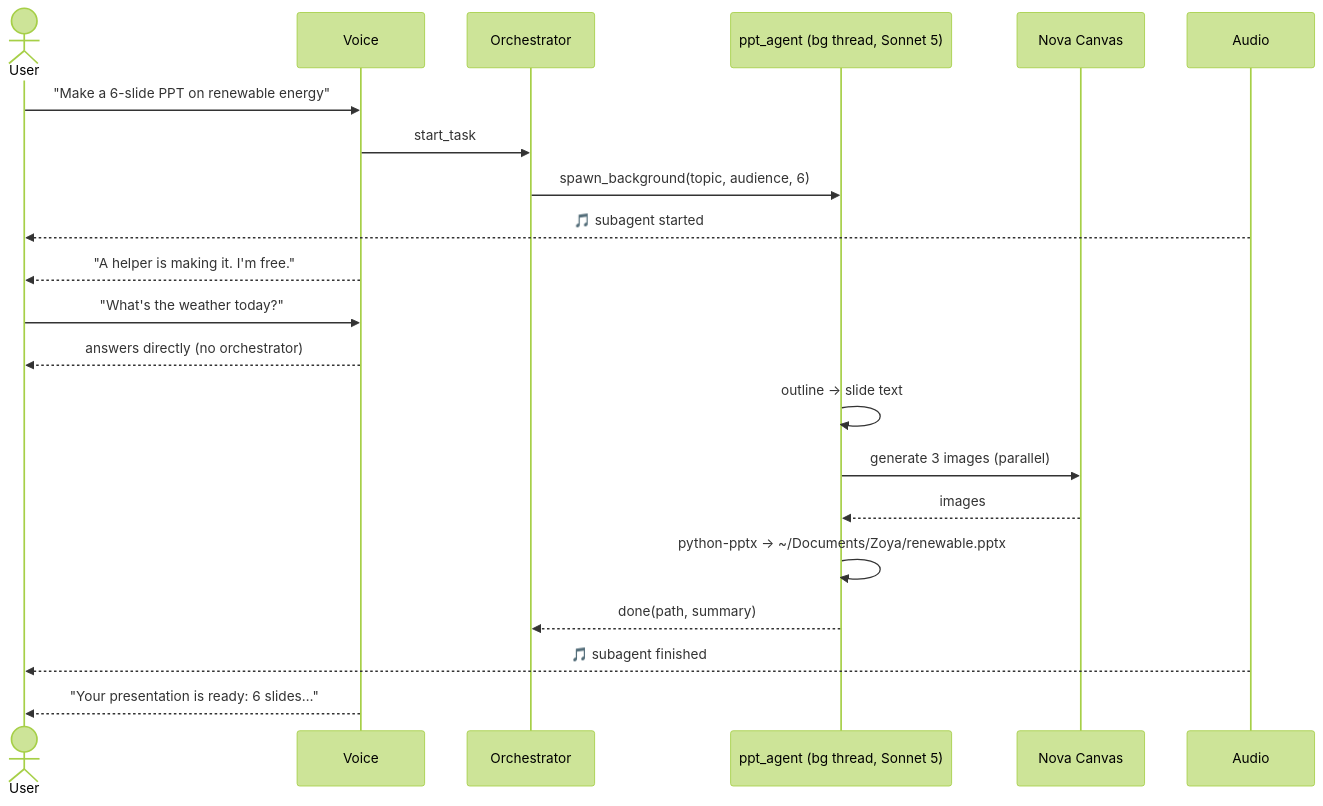
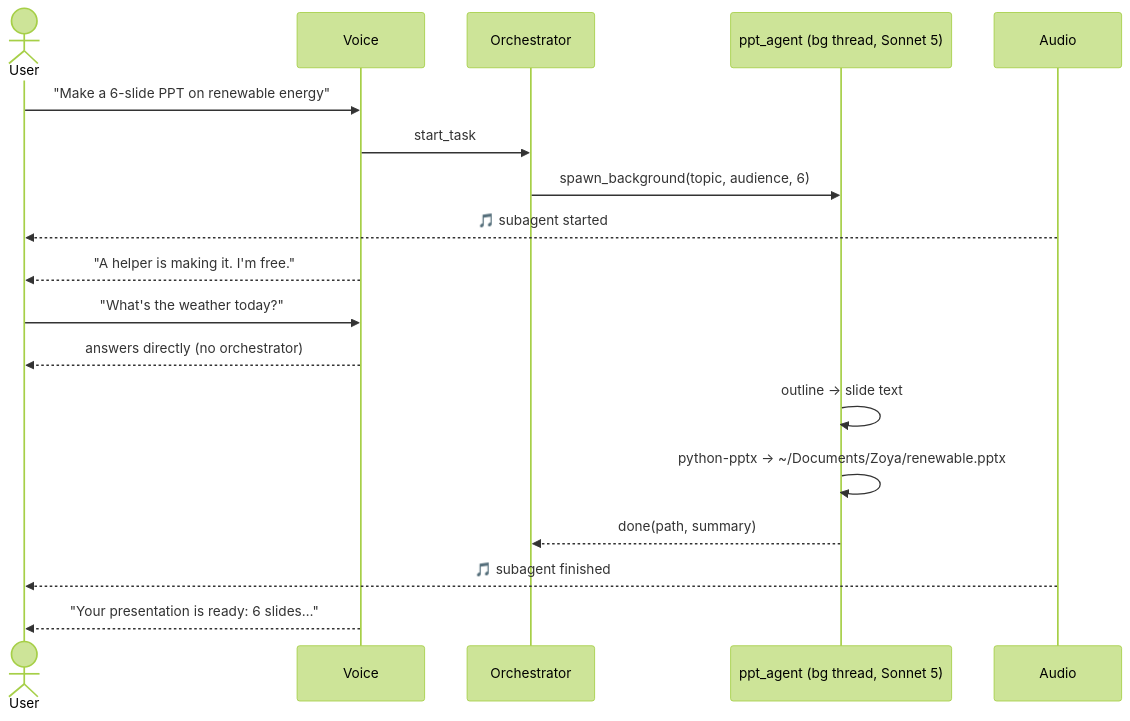
Before and after one commit to Aankirz/zoya: the second of 3 diagrams in docs/ZOYA_TECHNICAL_DOC.md, drawn with Mermaid (forest theme). The commit also changed other lines of this file and 14 other files, not shown here.

Commit message:
docs: add verified architecture audit and apply corrections

````diff
--- a/docs/ZOYA_TECHNICAL_DOC.md
+++ b/docs/ZOYA_TECHNICAL_DOC.md
@@ -775,24 +777,21 @@
 ```mermaid
 sequenceDiagram
     actor U as User
     participant V as Voice
     participant O as Orchestrator
     participant P as ppt_agent (bg thread, Sonnet 5)
-    participant C as Nova Canvas
     participant A as Audio
 
     U->>V: "Make a 6-slide PPT on renewable energy"
     V->>O: start_task
     O->>P: spawn_background(topic, audience, 6)
     A-->>U: 🎵 subagent started
     V-->>U: "A helper is making it. I'm free."
     U->>V: "What's the weather today?"
     V-->>U: answers directly (no orchestrator)
     P->>P: outline → slide text
-    P->>C: generate 3 images (parallel)
-    C-->>P: images
     P->>P: python-pptx → ~/Documents/Zoya/renewable.pptx
     P-->>O: done(path, summary)
     A-->>U: 🎵 subagent finished
     V-->>U: "Your presentation is ready: 6 slides…"
 ```
````
